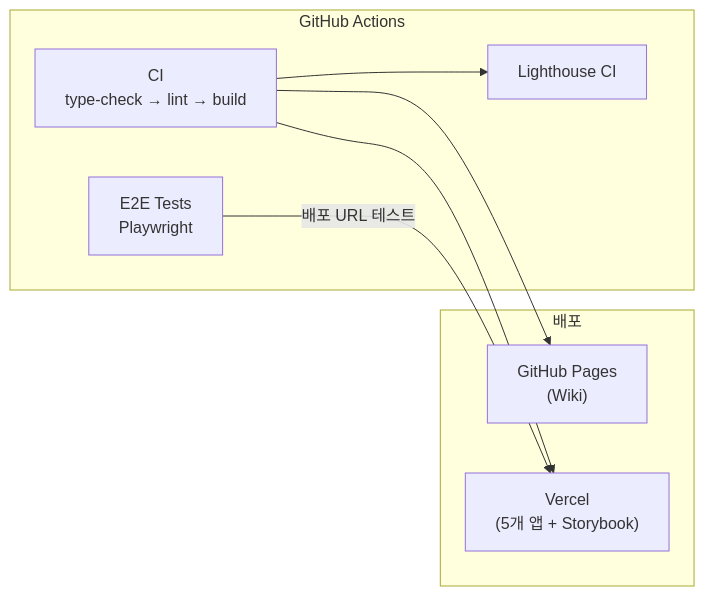
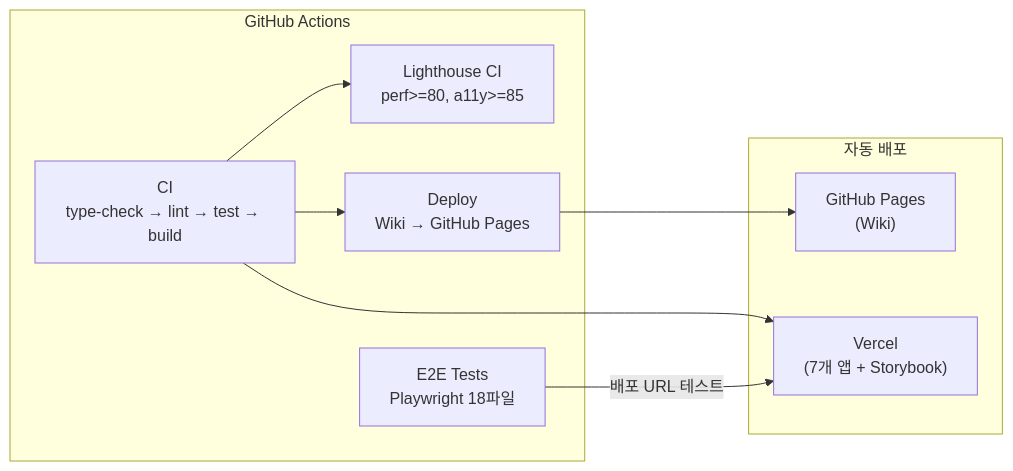
The tenth of 11 diagrams in docs/ARCHITECTURE.md (sgtlim0/sgtlim0.github.io), drawn with Mermaid before and after one commit. The commit also changed other lines of this file and 23 other files, not shown here.

````diff
--- a/docs/ARCHITECTURE.md
+++ b/docs/ARCHITECTURE.md
@@ -169,18 +280,20 @@
 ```mermaid
 graph LR
     subgraph "GitHub Actions"
-        CI["CI<br/>type-check → lint → build"]
-        LH["Lighthouse CI"]
-        E2E["E2E Tests<br/>Playwright"]
+        CI["CI<br/>type-check → lint → test → build"]
+        LH["Lighthouse CI<br/>perf>=80, a11y>=85"]
+        E2E["E2E Tests<br/>Playwright 18파일"]
+        DEPLOY["Deploy<br/>Wiki → GitHub Pages"]
     end
 
-    subgraph "배포"
+    subgraph "자동 배포"
         GA["GitHub Pages<br/>(Wiki)"]
-        VC["Vercel<br/>(5개 앱 + Storybook)"]
+        VC["Vercel<br/>(7개 앱 + Storybook)"]
     end
 
     CI --> LH
-    CI --> GA
+    CI --> DEPLOY
+    DEPLOY --> GA
     CI --> VC
     E2E --> |"배포 URL 테스트"| VC
 ```
````
